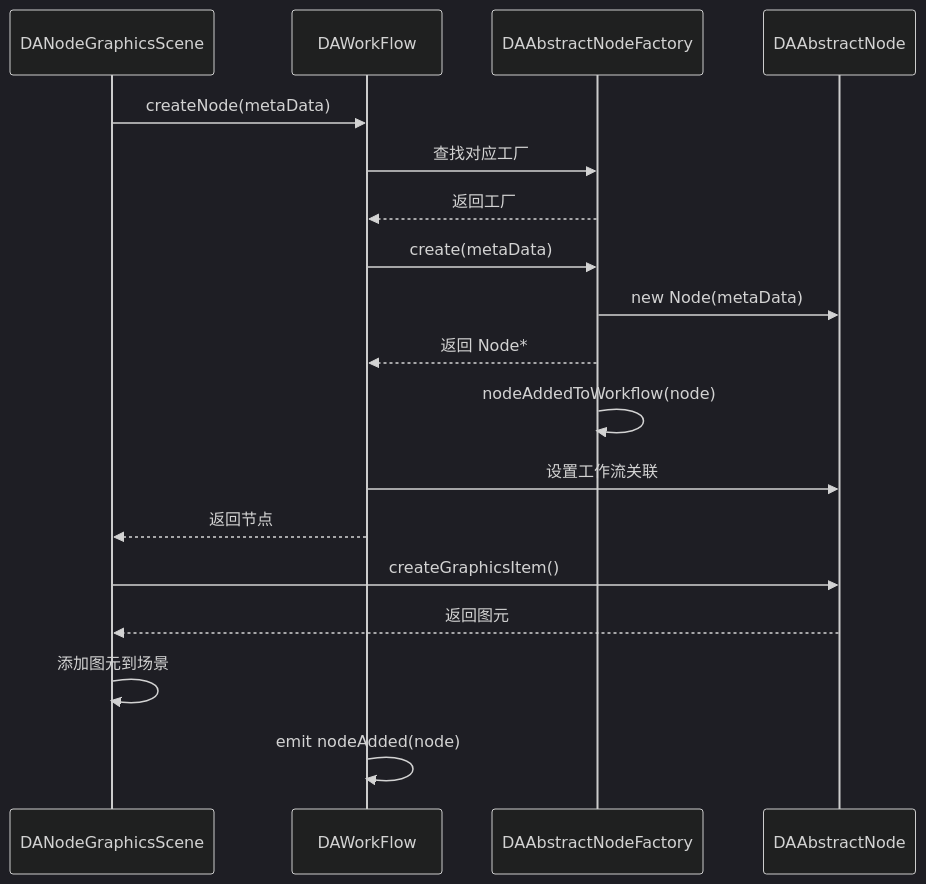
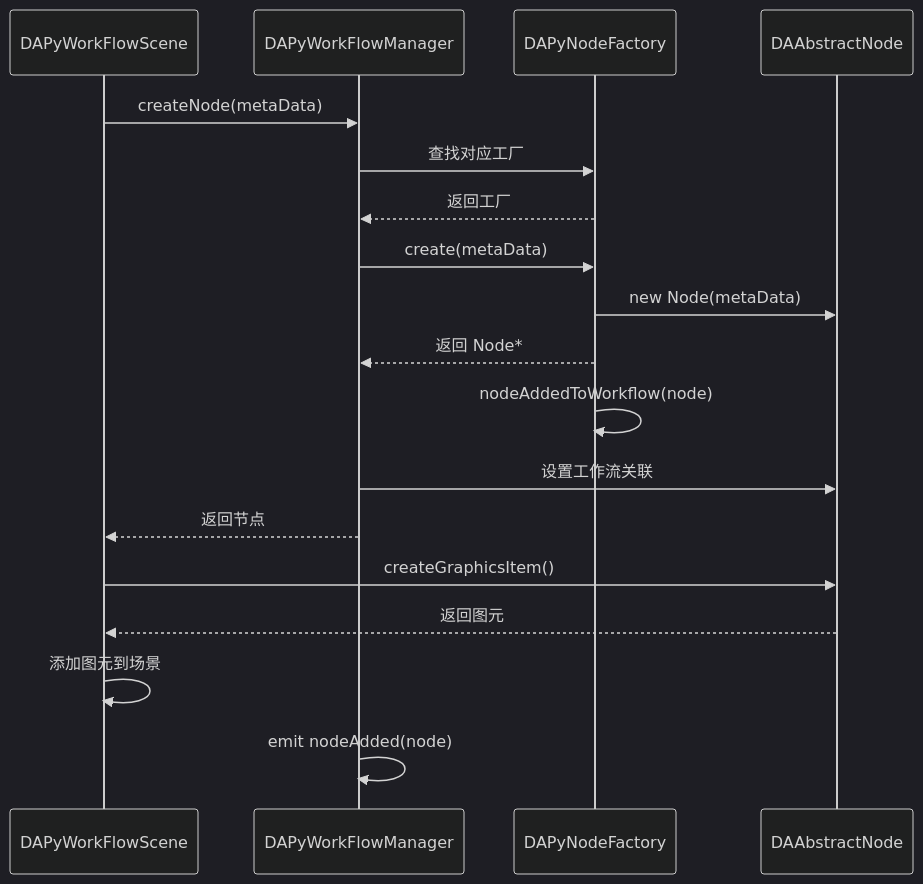
The third of 3 diagrams in docs/zh/plugin-lifecycle.md (czyt1988/data-workbench), drawn with Mermaid (dark theme) before and after one commit. The commit also changed other lines of this file and 13 other files, not shown here.

````diff
--- a/docs/zh/plugin-lifecycle.md
+++ b/docs/zh/plugin-lifecycle.md
@@ -402,24 +402,24 @@
 ```mermaid
 sequenceDiagram
-    participant Scene as DANodeGraphicsScene
-    participant WF as DAWorkFlow
-    participant Factory as DAAbstractNodeFactory
+    participant Scene as DAPyWorkFlowScene
+    participant WF as DAPyWorkFlowManager
+    participant Factory as DAPyNodeFactory
     participant Node as DAAbstractNode
     
     Scene->>WF: createNode(metaData)
     WF->>Factory: 查找对应工厂
     Factory-->>WF: 返回工厂
     WF->>Factory: create(metaData)
     Factory->>Node: new Node(metaData)
     Factory-->>WF: 返回 Node*
     
     Factory->>Factory: nodeAddedToWorkflow(node)
     WF->>Node: 设置工作流关联
     WF-->>Scene: 返回节点
     
     Scene->>Node: createGraphicsItem()
     Node-->>Scene: 返回图元
     Scene->>Scene: 添加图元到场景
     
     WF->>WF: emit nodeAdded(node)
 ```
````
